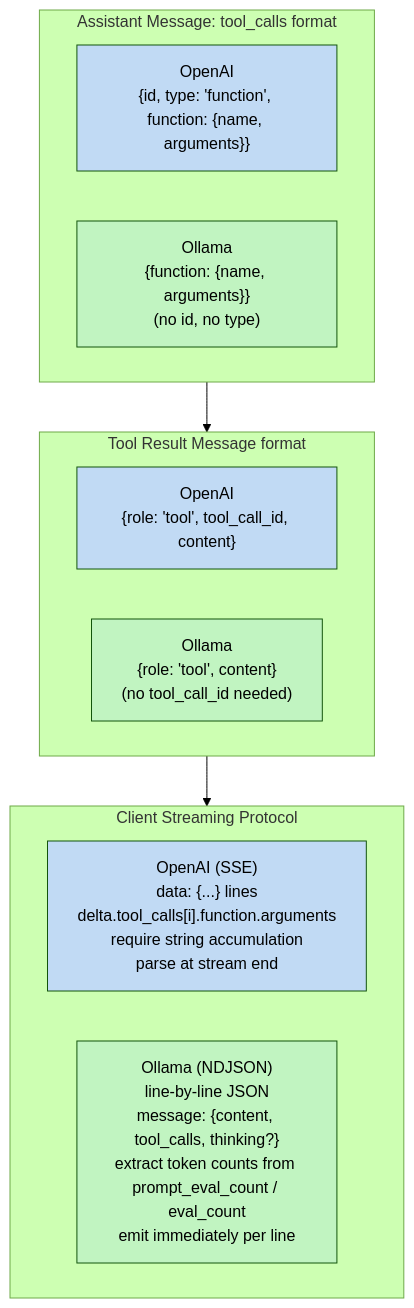
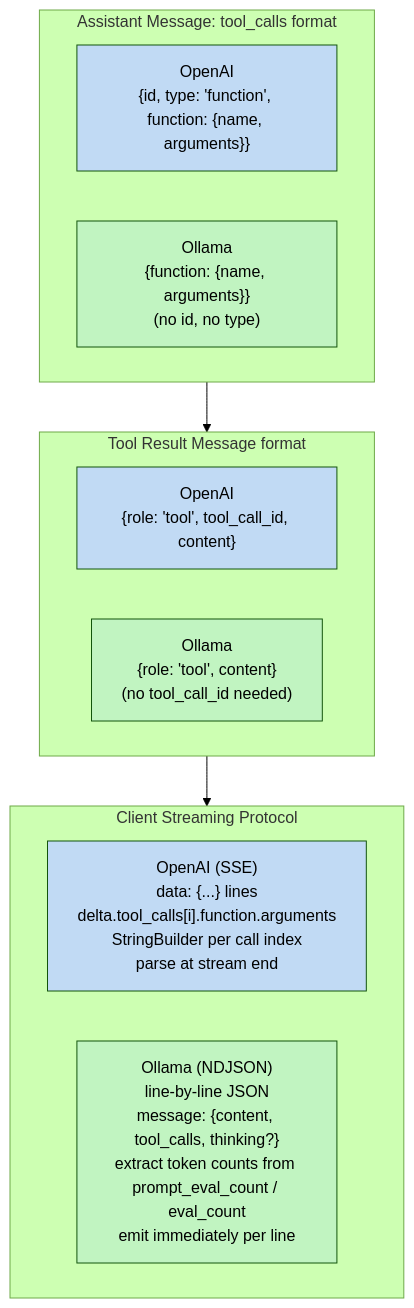
One commit to lg841226/Gradum changed the seventh of 29 diagrams in docs/ARCHITECTURE.md. Above: the diagram before and after it, drawn with Mermaid (forest theme). The commit also changed other lines of this file and 5 other files, not shown here.

Commit message:
docs: sync ARCHITECTURE.md with framework refactor and polish skill/plugin code

````diff
--- a/docs/ARCHITECTURE.md
+++ b/docs/ARCHITECTURE.md
@@ -555,26 +619,26 @@
 ```mermaid
 flowchart TB
     subgraph ASSISTANT["Assistant Message: tool_calls format"]
         OAI1["OpenAI<br/>{id, type: 'function', function: {name, arguments}}"]
         OLL1["Ollama<br/>{function: {name, arguments}}<br/>(no id, no type)"]
     end
 
     subgraph TOOL_MSG["Tool Result Message format"]
         OAI2["OpenAI<br/>{role: 'tool', tool_call_id, content}"]
         OLL2["Ollama<br/>{role: 'tool', content}<br/>(no tool_call_id needed)"]
     end
 
     subgraph STREAM["Client Streaming Protocol"]
-        OAI3["OpenAI (SSE)<br/>data: {...} lines<br/>delta.tool_calls[i].function.arguments<br/>require string accumulation<br/>parse at stream end"]
+        OAI3["OpenAI (SSE)<br/>data: {...} lines<br/>delta.tool_calls[i].function.arguments<br/>StringBuilder per call index<br/>parse at stream end"]
         OLL3["Ollama (NDJSON)<br/>line-by-line JSON<br/>message: {content, tool_calls, thinking?}<br/>extract token counts from prompt_eval_count / eval_count<br/>emit immediately per line"]
     end
 
     ASSISTANT --> TOOL_MSG
     TOOL_MSG --> STREAM
     style OAI1 fill: #c1daf4
     style OAI2 fill: #c1daf4
     style OAI3 fill: #c1daf4
     style OLL1 fill: #c1f4c1
     style OLL2 fill: #c1f4c1
     style OLL3 fill: #c1f4c1
 ```
````
